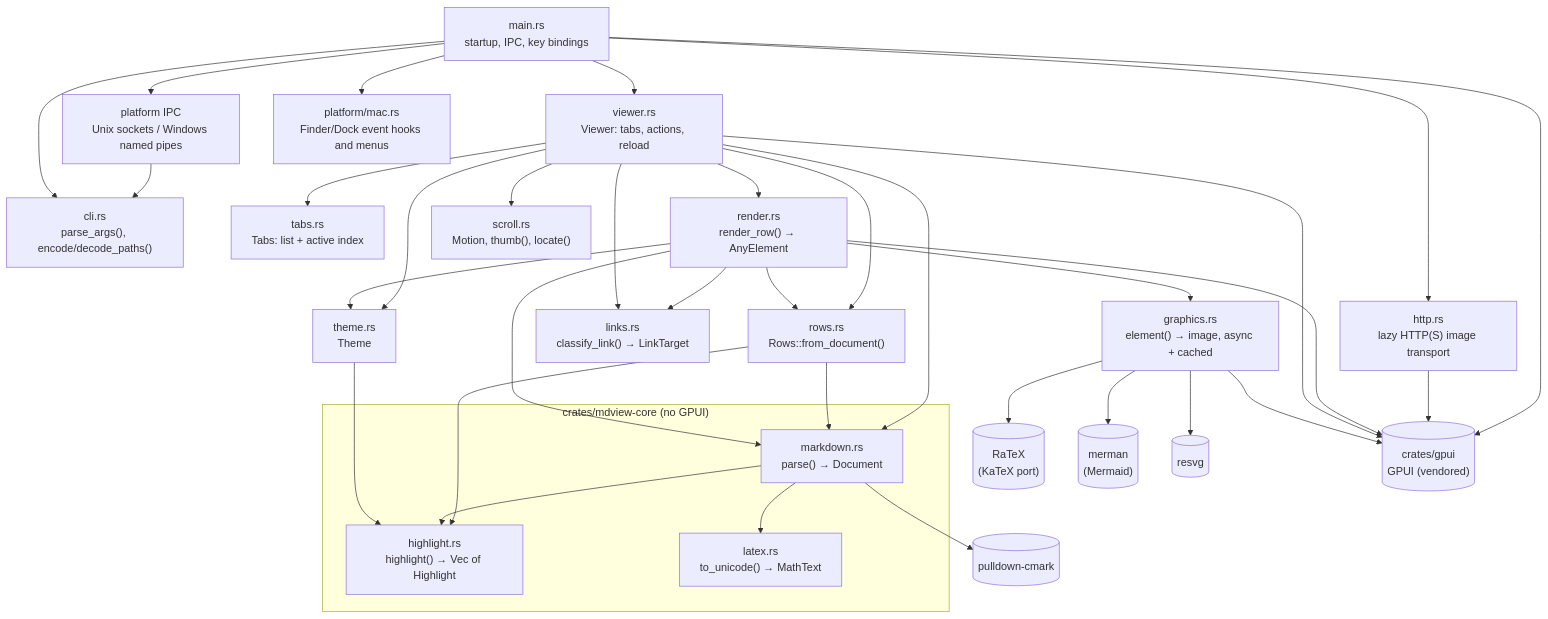
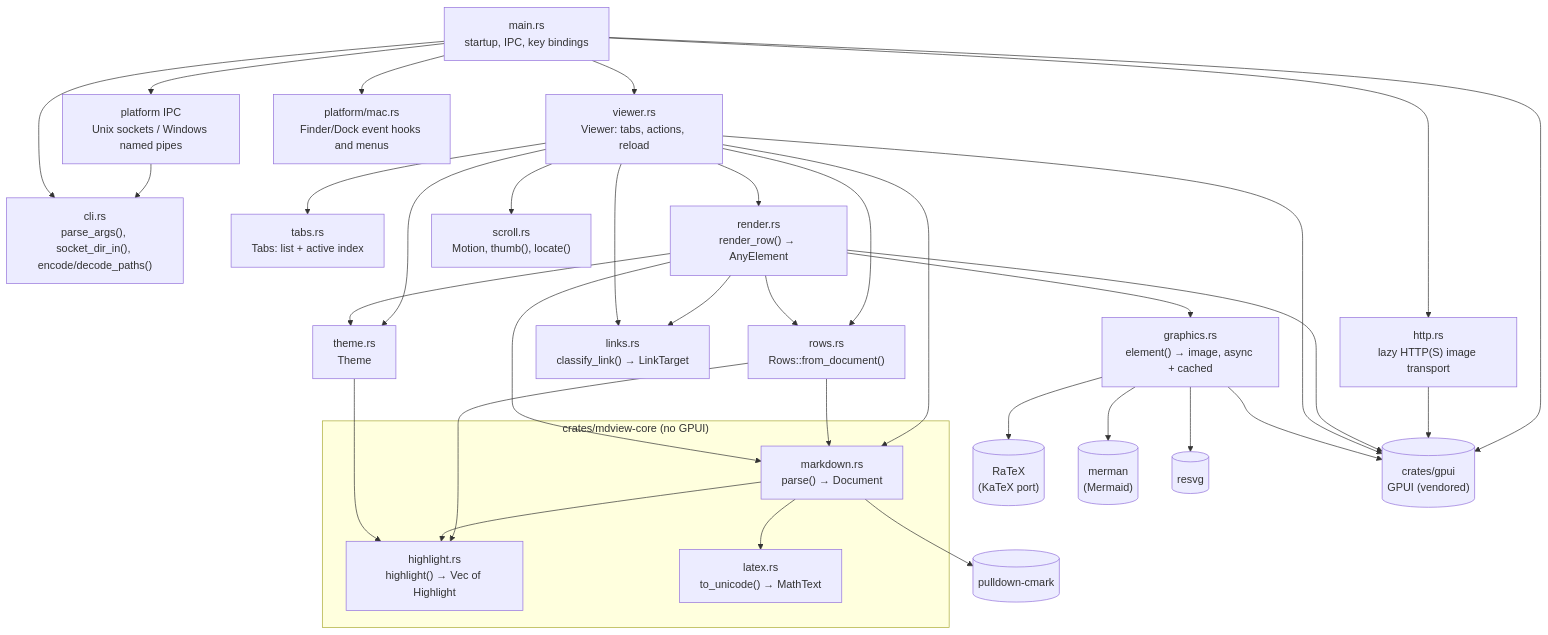
One commit to JorgeAgar/markdown-viewer-zed changed the first of 6 diagrams in docs/architecture.md. Above: the diagram before and after it, drawn with Mermaid. The commit also changed other lines of this file and 5 other files, not shown here.

First line of the commit message:
IPC: serialize Unix socket takeover, private fallback dir, bounded reads (#56)

````diff
--- a/docs/architecture.md
+++ b/docs/architecture.md
@@ -33,59 +33,59 @@
 ```mermaid
 flowchart TD
     main["main.rs<br/>startup, IPC, key bindings"]
-    cli["cli.rs<br/>parse_args(), encode/decode_paths()"]
+    cli["cli.rs<br/>parse_args(), socket_dir_in(), encode/decode_paths()"]
     viewer["viewer.rs<br/>Viewer: tabs, actions, reload"]
     tabs["tabs.rs<br/>Tabs: list + active index"]
     subgraph core["crates/mdview-core (no GPUI)"]
         markdown["markdown.rs<br/>parse() → Document"]
         highlight["highlight.rs<br/>highlight() → Vec of Highlight"]
         latex["latex.rs<br/>to_unicode() → MathText"]
     end
     graphics["graphics.rs<br/>element() → image, async + cached"]
     ratex[("RaTeX<br/>(KaTeX port)")]
     merman[("merman<br/>(Mermaid)")]
     resvg[("resvg")]
     render["render.rs<br/>render_row() → AnyElement"]
     rows["rows.rs<br/>Rows::from_document()"]
     scroll["scroll.rs<br/>Motion, thumb(), locate()"]
     links["links.rs<br/>classify_link() → LinkTarget"]
     theme["theme.rs<br/>Theme"]
     gpui[("crates/gpui<br/>GPUI (vendored)")]
     cmark[("pulldown-cmark")]
 
     ipc["platform IPC<br/>Unix sockets / Windows named pipes"]
     mac["platform/mac.rs<br/>Finder/Dock event hooks and menus"]
     main --> mac
     main --> ipc
     ipc --> cli
     main --> cli
     main --> viewer
     viewer --> tabs
     main --> gpui
     viewer --> markdown
     viewer --> rows
     viewer --> scroll
     viewer --> render
     viewer --> theme
     rows --> markdown
     rows --> highlight
     render --> markdown
     render --> rows
     render --> theme
     render --> links
     viewer --> links
     http["http.rs<br/>lazy HTTP(S) image transport"]
     main --> http
     http --> gpui
     render --> gpui
     viewer --> gpui
     markdown --> cmark
     markdown --> highlight
     markdown --> latex
     theme --> highlight
     render --> graphics
     graphics --> ratex
     graphics --> merman
     graphics --> resvg
     graphics --> gpui
 ```
````
